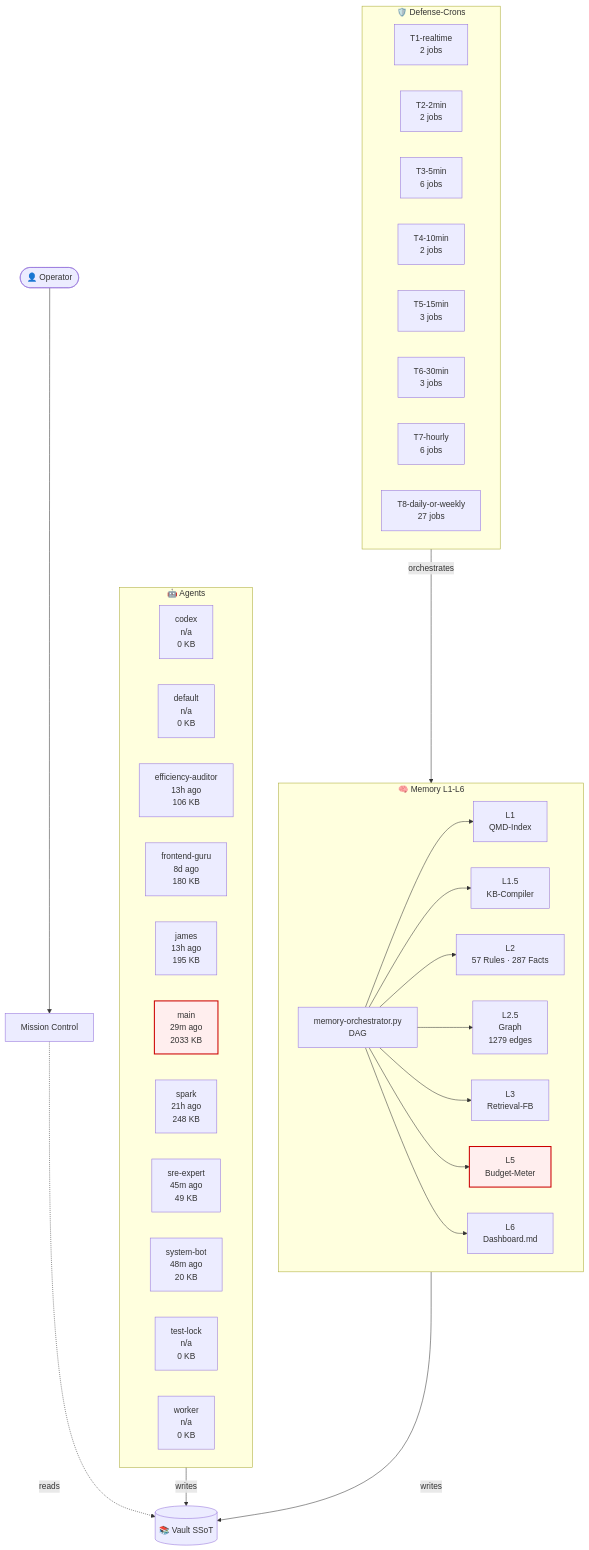
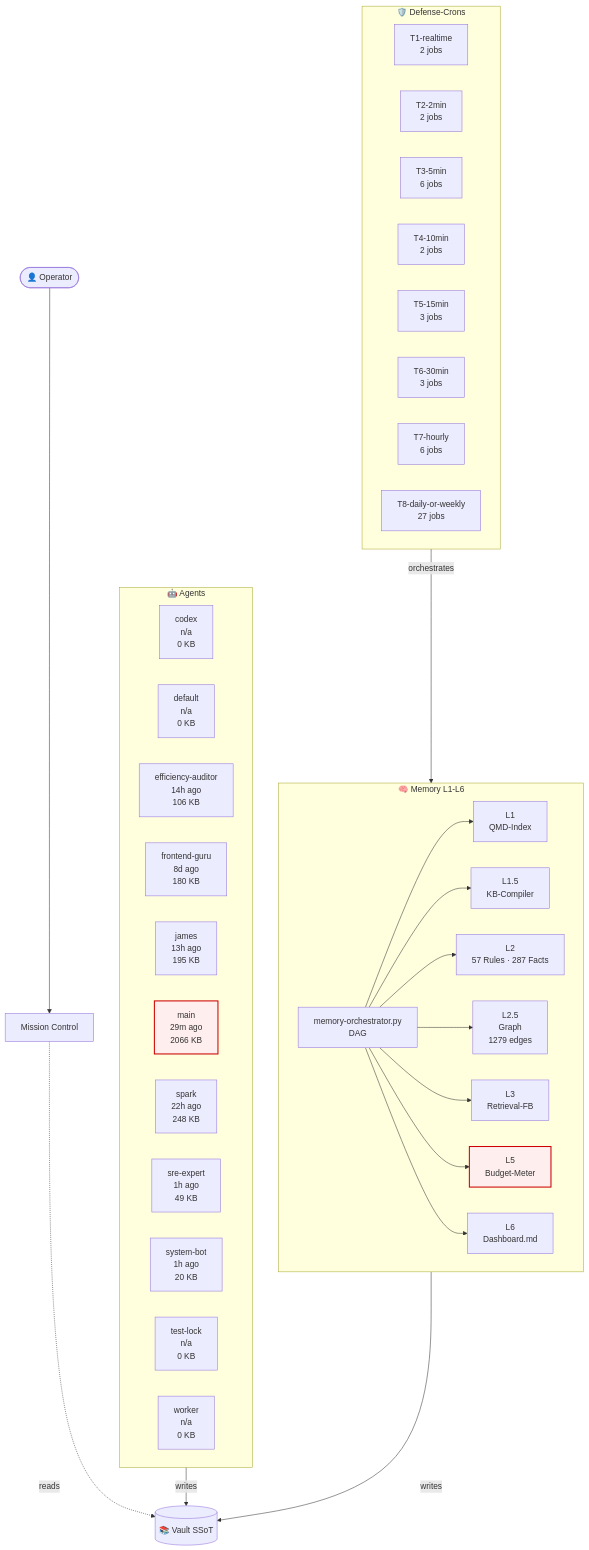
Before and after one commit to lenardhuebner88-rgb/openclaw-memory: the diagram in 03-Agents/architecture-live.md, drawn with Mermaid. The commit also changed other lines of this file and 15 other files, not shown here.

````diff
--- a/03-Agents/architecture-live.md
+++ b/03-Agents/architecture-live.md
@@ -18,54 +18,54 @@
 ```mermaid
 flowchart TB
     classDef critical fill:#fee,stroke:#c00,stroke-width:2px;
     subgraph AGT["🤖 Agents"]
         agent_codex["codex<br/>n/a<br/>0 KB"]
         agent_default["default<br/>n/a<br/>0 KB"]
-        agent_efficiency_auditor["efficiency-auditor<br/>13h ago<br/>106 KB"]
+        agent_efficiency_auditor["efficiency-auditor<br/>14h ago<br/>106 KB"]
         agent_frontend_guru["frontend-guru<br/>8d ago<br/>180 KB"]
         agent_james["james<br/>13h ago<br/>195 KB"]
-        agent_main["main<br/>29m ago<br/>2033 KB"]
-        agent_spark["spark<br/>21h ago<br/>248 KB"]
-        agent_sre_expert["sre-expert<br/>45m ago<br/>49 KB"]
-        agent_system_bot["system-bot<br/>48m ago<br/>20 KB"]
+        agent_main["main<br/>29m ago<br/>2066 KB"]
+        agent_spark["spark<br/>22h ago<br/>248 KB"]
+        agent_sre_expert["sre-expert<br/>1h ago<br/>49 KB"]
+        agent_system_bot["system-bot<br/>1h ago<br/>20 KB"]
         agent_test_lock["test-lock<br/>n/a<br/>0 KB"]
         agent_worker["worker<br/>n/a<br/>0 KB"]
     end
     subgraph MEM["🧠 Memory L1-L6"]
         L1["L1<br/>QMD-Index"]
         L15["L1.5<br/>KB-Compiler"]
         L2["L2<br/>57 Rules · 287 Facts"]
         L25["L2.5<br/>Graph<br/>1279 edges"]
         L3["L3<br/>Retrieval-FB"]
         L5["L5<br/>Budget-Meter"]
         L6["L6<br/>Dashboard.md"]
         ORCH["memory-orchestrator.py<br/>DAG"]
     end
     subgraph CRN["🛡️ Defense-Crons"]
         tier_T1_realtime["T1-realtime<br/>2 jobs"]
         tier_T2_2min["T2-2min<br/>2 jobs"]
         tier_T3_5min["T3-5min<br/>6 jobs"]
         tier_T4_10min["T4-10min<br/>2 jobs"]
         tier_T5_15min["T5-15min<br/>3 jobs"]
         tier_T6_30min["T6-30min<br/>3 jobs"]
         tier_T7_hourly["T7-hourly<br/>6 jobs"]
         tier_T8_daily_or_weekly["T8-daily-or-weekly<br/>27 jobs"]
     end
     VAULT[("📚 Vault SSoT")]
     OP([👤 Operator])
     MC["Mission Control"]
     OP --> MC
     MC -.reads.-> VAULT
     AGT -->|writes| VAULT
     MEM -->|writes| VAULT
     ORCH --> L1
     ORCH --> L15
     ORCH --> L2
     ORCH --> L25
     ORCH --> L3
     ORCH --> L5
     ORCH --> L6
     CRN -->|orchestrates| MEM
     class L5 critical
     class agent_main critical
 ```
````
